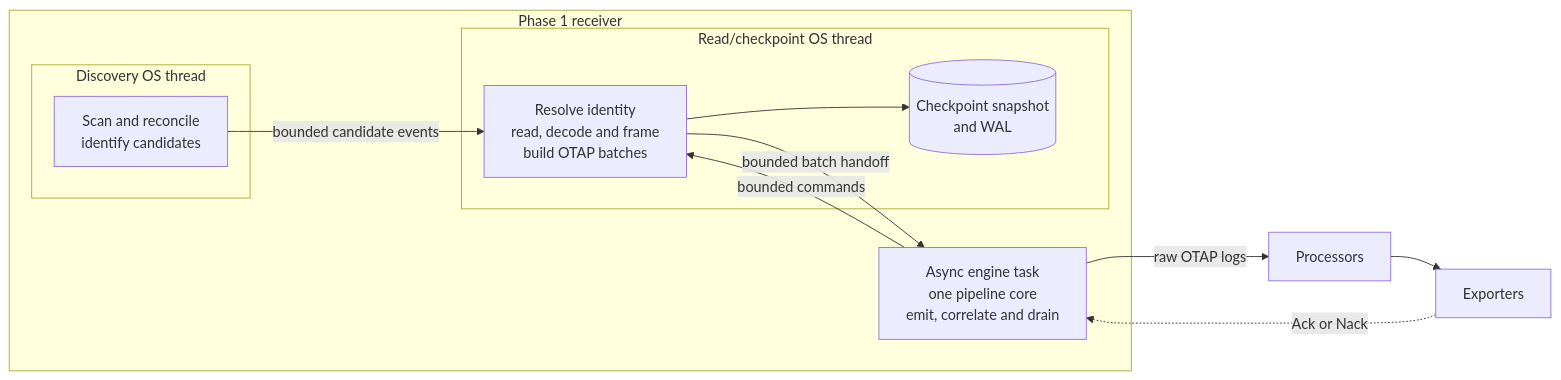
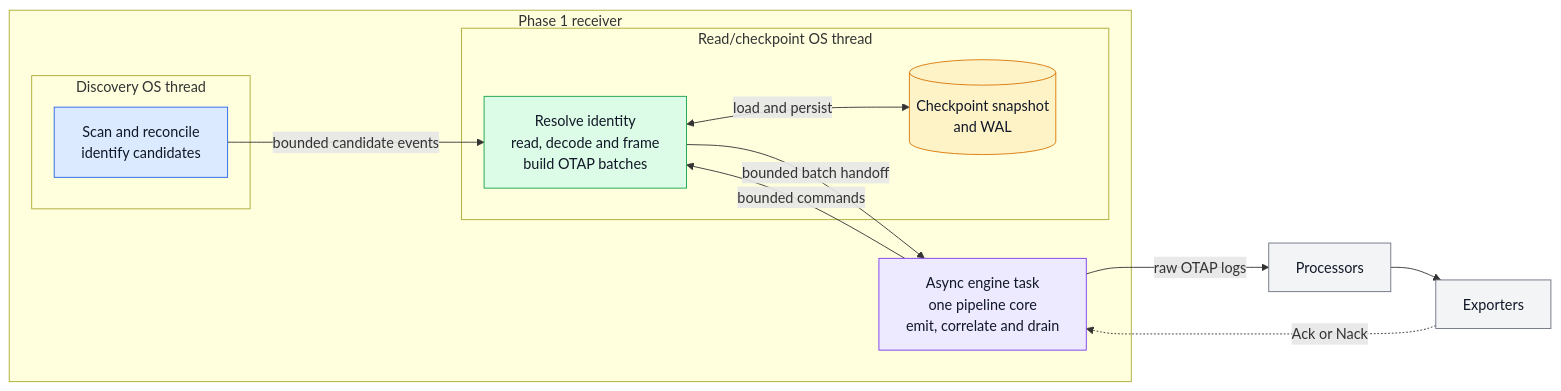
The first of 7 diagrams in rust/otap-dataflow/docs/filelog-receiver.md (open-telemetry/otel-arrow), drawn with Mermaid before and after one commit. The commit also changed other lines of this file, not shown here.

````diff
--- a/rust/otap-dataflow/docs/filelog-receiver.md
+++ b/rust/otap-dataflow/docs/filelog-receiver.md
@@ -166,24 +166,36 @@
 ```mermaid
 flowchart LR
   subgraph receiver["Phase 1 receiver"]
     subgraph discovery["Discovery OS thread"]
       D["Scan and reconcile<br/>identify candidates"]
     end
 
     subgraph worker["Read/checkpoint OS thread"]
       W["Resolve identity<br/>read, decode and frame<br/>build OTAP batches"]
       C[("Checkpoint snapshot<br/>and WAL")]
-      W --> C
+      W <-->|"load and persist"| C
     end
 
     A["Async engine task<br/>one pipeline core<br/>emit, correlate and drain"]
 
     D -->|"bounded candidate events"| W
     W -->|"bounded batch handoff"| A
     A -->|"bounded commands"| W
   end
 
   A -->|"raw OTAP logs"| P["Processors"]
   P --> E["Exporters"]
   E -.->|"Ack or Nack"| A
+
+  class D discoveryNode
+  class W workerNode
+  class A controlNode
+  class C stateNode
+  class P,E downstreamNode
+
+  classDef discoveryNode fill:#DBEAFE,stroke:#2563EB,color:#111827
+  classDef workerNode fill:#DCFCE7,stroke:#16A34A,color:#111827
+  classDef controlNode fill:#EDE9FE,stroke:#7C3AED,color:#111827
+  classDef stateNode fill:#FEF3C7,stroke:#D97706,color:#111827
+  classDef downstreamNode fill:#F3F4F6,stroke:#6B7280,color:#111827
 ```
````
